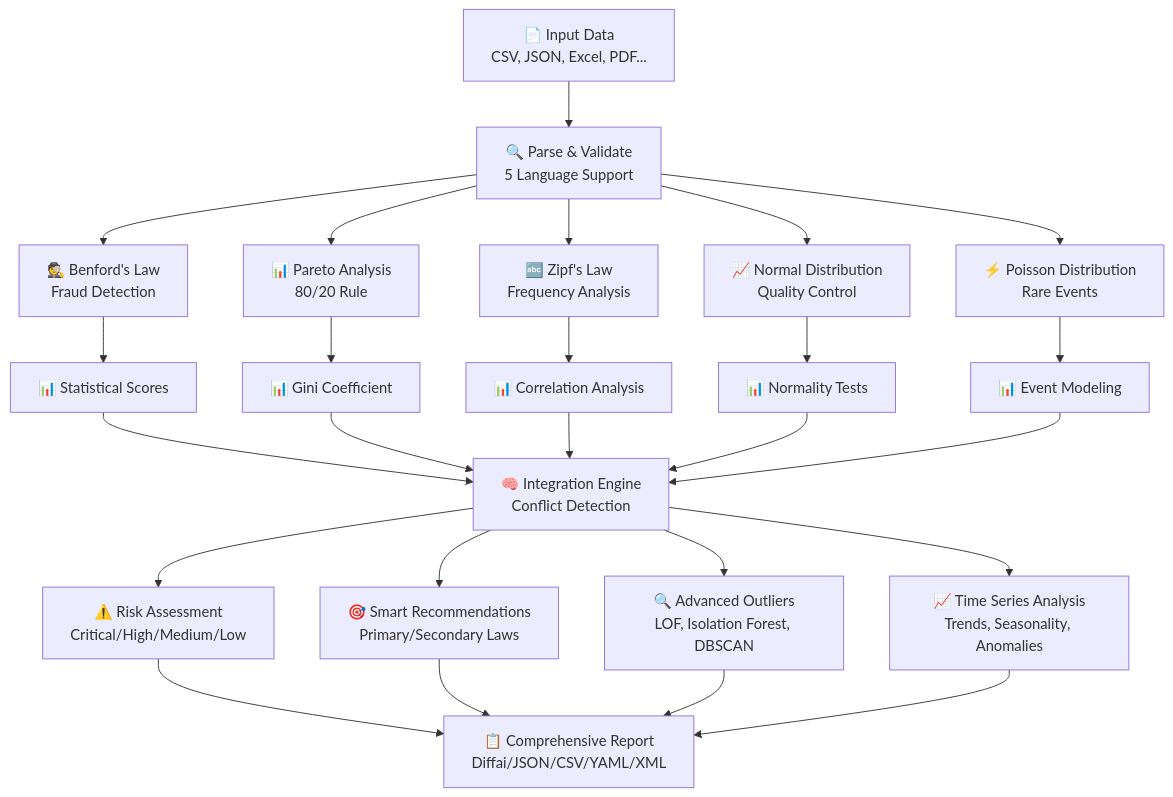
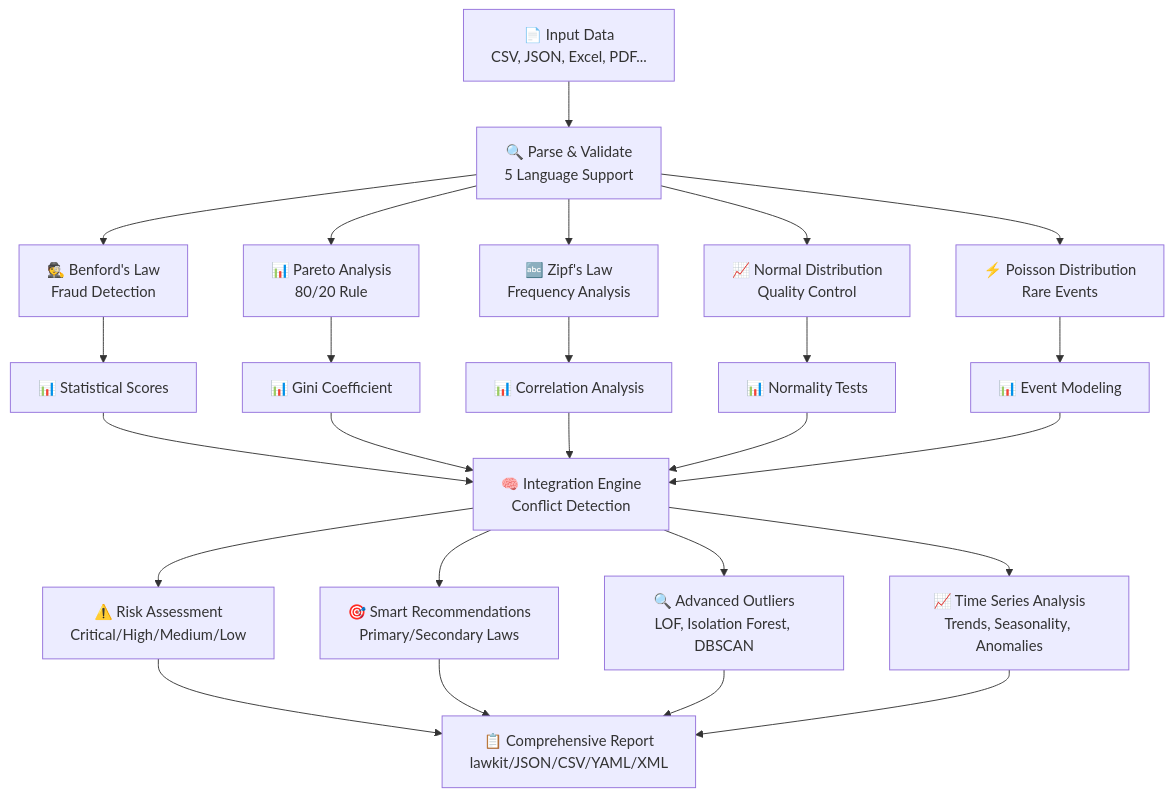
Before and after one commit to kako-jun/lawkit: the first of 2 diagrams in README.md, drawn with Mermaid. The commit also changed other lines of this file and 2 other files, not shown here.

````diff
--- a/README.md
+++ b/README.md
@@ -91,32 +91,32 @@
 ```mermaid
 graph TB
     A[📄 Input Data<br/>CSV, JSON, Excel, PDF...] --> B[🔍 Parse & Validate<br/>5 Language Support]
     
     B --> C1[🕵️ Benford's Law<br/>Fraud Detection]
     B --> C2[📊 Pareto Analysis<br/>80/20 Rule]
     B --> C3[🔤 Zipf's Law<br/>Frequency Analysis]
     B --> C4[📈 Normal Distribution<br/>Quality Control]
     B --> C5[⚡ Poisson Distribution<br/>Rare Events]
     
     C1 --> D1[📊 Statistical Scores]
     C2 --> D2[📊 Gini Coefficient]
     C3 --> D3[📊 Correlation Analysis]
     C4 --> D4[📊 Normality Tests]
     C5 --> D5[📊 Event Modeling]
     
     D1 --> E[🧠 Integration Engine<br/>Conflict Detection]
     D2 --> E
     D3 --> E
     D4 --> E
     D5 --> E
     
     E --> F1[⚠️ Risk Assessment<br/>Critical/High/Medium/Low]
     E --> F2[🎯 Smart Recommendations<br/>Primary/Secondary Laws]
     E --> F3[🔍 Advanced Outliers<br/>LOF, Isolation Forest, DBSCAN]
     E --> F4[📈 Time Series Analysis<br/>Trends, Seasonality, Anomalies]
     
-    F1 --> G[📋 Comprehensive Report<br/>Diffai/JSON/CSV/YAML/XML]
+    F1 --> G[📋 Comprehensive Report<br/>lawkit/JSON/CSV/YAML/XML]
     F2 --> G
     F3 --> G
     F4 --> G
 ```
````
